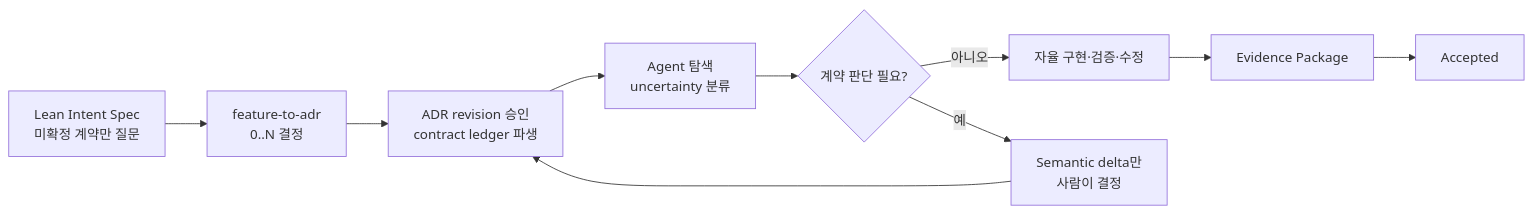
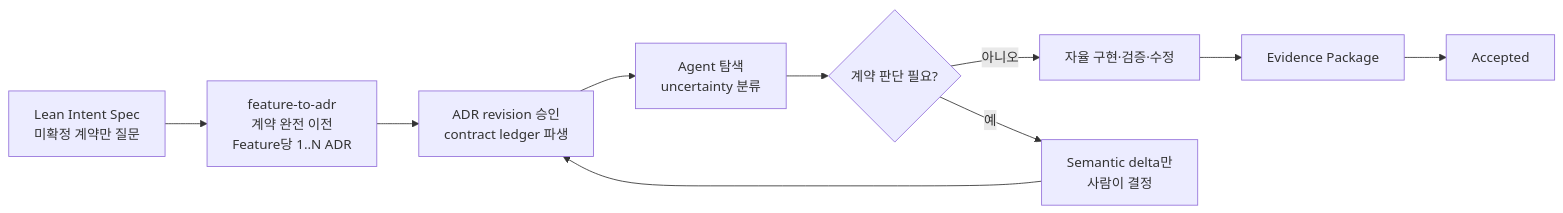
One commit to haandol/alps-writer-mcp changed the seventh of 7 diagrams in docs/ai-native-hitl-and-comprehension.md. Above: the diagram before and after it, drawn with Mermaid. The commit also changed other lines of this file and 44 other files, not shown here.

````diff
--- a/docs/ai-native-hitl-and-comprehension.md
+++ b/docs/ai-native-hitl-and-comprehension.md
@@ -874,16 +881,16 @@
 ```mermaid
 flowchart LR
     Intent["Lean Intent Spec<br/>미확정 계약만 질문"]
-    Handoff["feature-to-adr<br/>0..N 결정"]
+    Handoff["feature-to-adr<br/>계약 완전 이전<br/>Feature당 1..N ADR"]
     Baseline["ADR revision 승인<br/>contract ledger 파생"]
     Explore["Agent 탐색<br/>uncertainty 분류"]
     Decision{"계약 판단 필요?"}
     Human["Semantic delta만<br/>사람이 결정"]
     Implement["자율 구현·검증·수정"]
     Evidence["Evidence Package"]
     Accepted["Accepted"]
 
     Intent --> Handoff --> Baseline --> Explore --> Decision
     Decision -->|아니오| Implement --> Evidence --> Accepted
     Decision -->|예| Human --> Baseline
 ```
````
